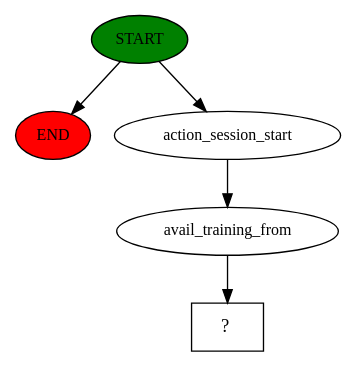
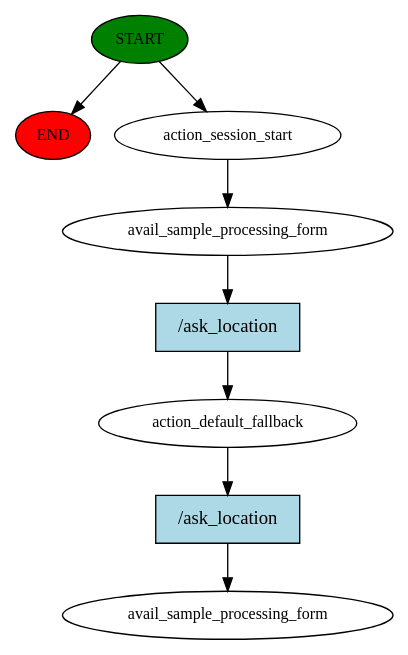
The diagram in LIRA Chatbot/story_graph.dot (kazeulo/TUKIB), drawn with Graphviz before and after one commit. The commit also changed 94 other files, not shown here.

```diff
--- a/LIRA Chatbot/story_graph.dot
+++ b/LIRA Chatbot/story_graph.dot
@@ -1,11 +1,17 @@
 digraph  {
 0 [class="start active", fillcolor=green, fontsize=12, label=START, style=filled];
 "-1" [class=end, fillcolor=red, fontsize=12, label=END, style=filled];
 1 [class=active, fontsize=12, label=action_session_start];
-2 [class=active, fontsize=12, label=avail_training_from];
-3 [class="intent dashed active", label="  ?  ", shape=rect];
+2 [class=active, fontsize=12, label=avail_sample_processing_form];
+3 [class=active, fontsize=12, label=action_default_fallback];
+4 [class="dashed active", fontsize=12, label=avail_sample_processing_form];
+5 [class="intent active", fillcolor=lightblue, label="/ask_location", shape=rect, style=filled];
+6 [class="intent active", fillcolor=lightblue, label="/ask_location", shape=rect, style=filled];
 0 -> "-1"  [class="", key=NONE, label=""];
 0 -> 1  [class=active, key=NONE, label=""];
 1 -> 2  [class=active, key=NONE, label=""];
-2 -> 3  [class=active, key=NONE, label=""];
+2 -> 5  [class=active, key=0];
+3 -> 6  [class=active, key=0];
+5 -> 3  [class=active, key=0];
+6 -> 4  [class=active, key=0];
 }
```
